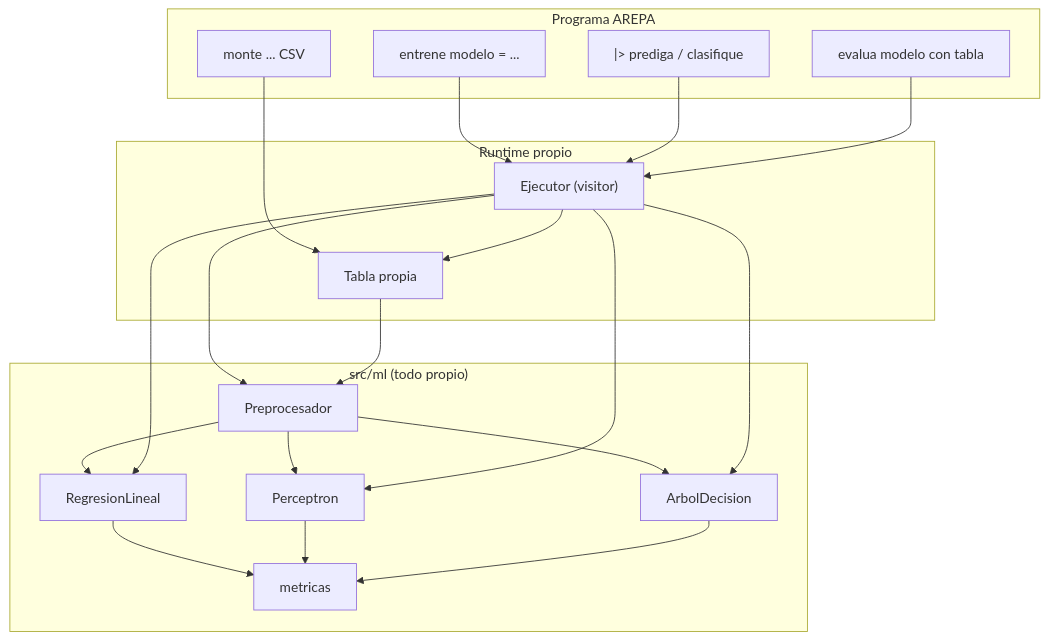
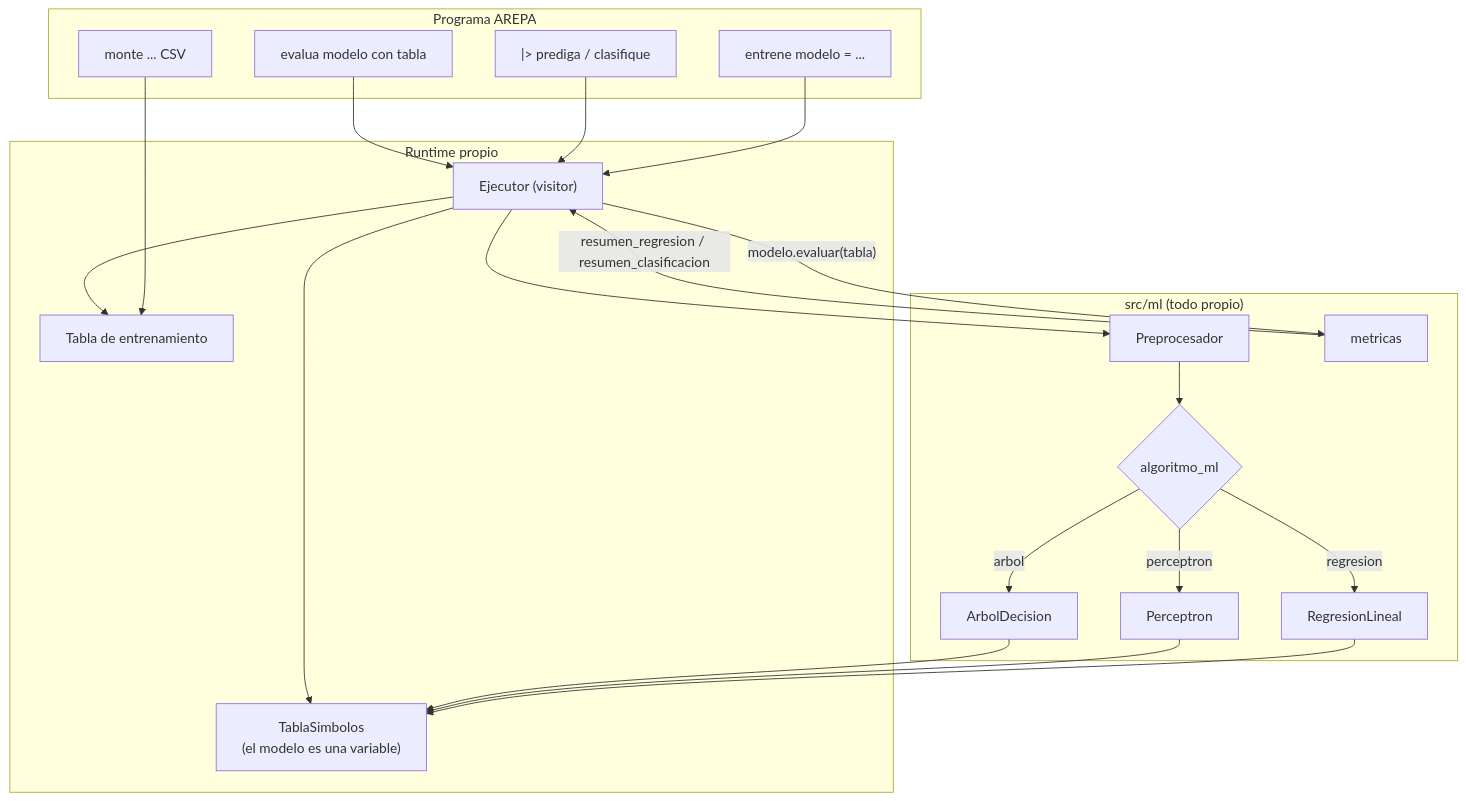
One commit to Pyromesis/Proyecto-Lenguajes-de-Programaci-n changed the first of 6 diagrams in docs/11_guia_machine_learning.md. Above: the diagram before and after it, drawn with Mermaid. The commit also changed other lines of this file and 21 other files, not shown here.

````diff
--- a/docs/11_guia_machine_learning.md
+++ b/docs/11_guia_machine_learning.md
@@ -28,36 +28,38 @@
 ```mermaid
 flowchart TB
   subgraph DSL["Programa AREPA"]
     A["monte ... CSV"]
     B["entrene modelo = ..."]
     C["|> prediga / clasifique"]
     D["evalua modelo con tabla"]
   end
   subgraph Runtime["Runtime propio"]
     E["Ejecutor (visitor)"]
-    F["Tabla propia"]
+    F["Tabla de entrenamiento"]
+    S["TablaSimbolos<br/>(el modelo es una variable)"]
   end
   subgraph ML["src/ml (todo propio)"]
     G["Preprocesador"]
+    SEL{"algoritmo_ml"}
     H["RegresionLineal"]
     I["Perceptron"]
     J["ArbolDecision"]
     K["metricas"]
   end
   A --> F
   B --> E
   E --> G
-  G --> H
-  G --> I
-  G --> J
+  G --> SEL
+  SEL -->|regresion| H
+  SEL -->|perceptron| I
+  SEL -->|arbol| J
+  H --> S
+  I --> S
+  J --> S
   C --> E
-  E --> H
-  E --> I
-  E --> J
+  E --> S
   D --> E
-  H --> K
-  I --> K
-  J --> K
+  E -->|"modelo.evaluar(tabla)"| K
+  K -->|"resumen_regresion / resumen_clasificacion"| E
   E --> F
-  F --> G
 ```
````
